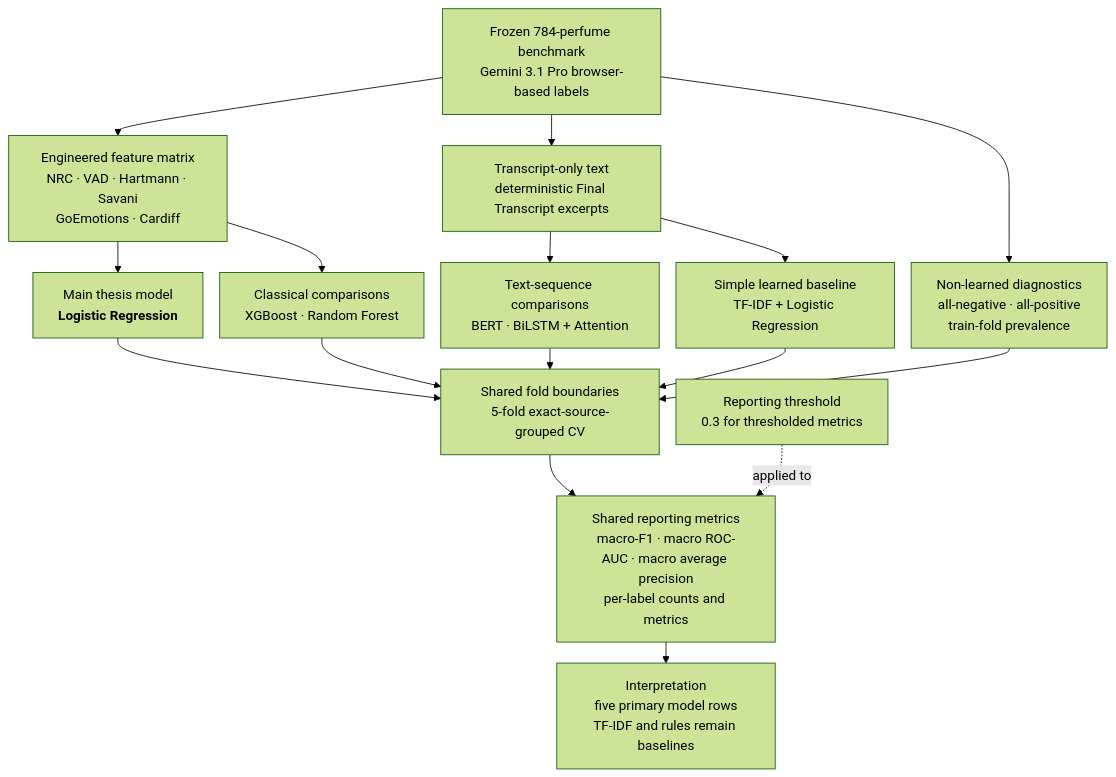
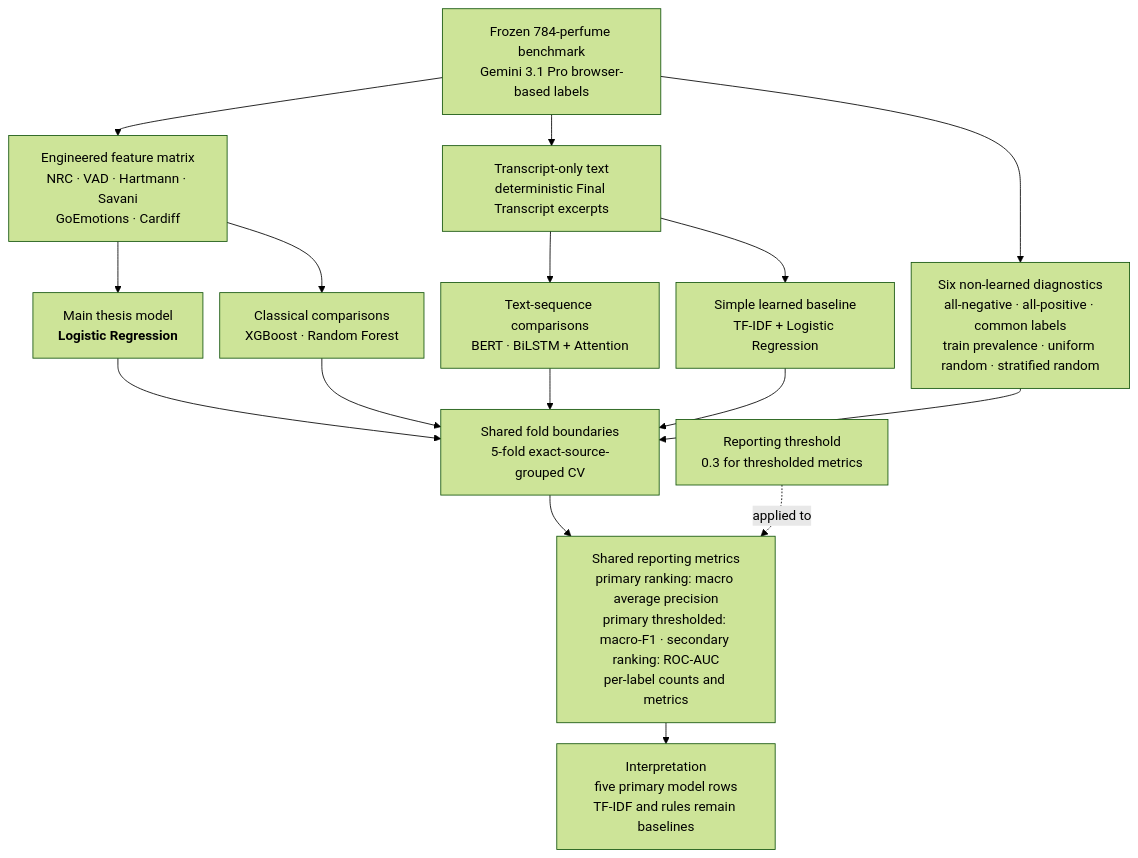
One commit to ececanga/Sentiment-Analysis-for-Perfume-Reviews changed the diagram in docs/thesis/mermaid diagrams/mermaid codes/figure_3_4_model_comparison_branches.mmd. Above: the diagram before and after it, drawn with Mermaid (forest theme). The commit also changed 85 other files, not shown here.

```diff
--- a/docs/thesis/mermaid diagrams/mermaid codes/figure_3_4_model_comparison_branches.mmd
+++ b/docs/thesis/mermaid diagrams/mermaid codes/figure_3_4_model_comparison_branches.mmd
@@ -1,30 +1,30 @@
 ---
 config:
   layout: dagre
   flowchart:
     nodeSpacing: 20
     rankSpacing: 25
 ---
 flowchart TD
     A["Frozen 784-perfume benchmark<br/>Gemini 3.1 Pro browser-based labels"]
 
     A --> B["Engineered feature matrix<br/>NRC · VAD · Hartmann · Savani<br/>GoEmotions · Cardiff"]
     A --> C["Transcript-only text<br/>deterministic Final Transcript excerpts"]
 
     B --> D["Main thesis model<br/><b>Logistic Regression</b>"]
     B --> E["Classical comparisons<br/>XGBoost · Random Forest"]
     C --> F["Text-sequence comparisons<br/>BERT · BiLSTM + Attention"]
     C --> T["Simple learned baseline<br/>TF-IDF + Logistic Regression"]
-    A --> R["Non-learned diagnostics<br/>all-negative · all-positive<br/>train-fold prevalence"]
+    A --> R["Six non-learned diagnostics<br/>all-negative · all-positive · common labels<br/>train prevalence · uniform random · stratified random"]
 
     D --> G["Shared fold boundaries<br/>5-fold exact-source-grouped CV"]
     E --> G
     F --> G
     T --> G
     R --> G
 
-    G --> H["Shared reporting metrics<br/>macro-F1 · macro ROC-AUC · macro average precision<br/>per-label counts and metrics"]
+    G --> H["Shared reporting metrics<br/>primary ranking: macro average precision<br/>primary thresholded: macro-F1 · secondary ranking: ROC-AUC<br/>per-label counts and metrics"]
 
     H --> I["Interpretation<br/>five primary model rows<br/>TF-IDF and rules remain baselines"]
 
     J["Reporting threshold<br/>0.3 for thresholded metrics"] -. applied to .-> H
```
